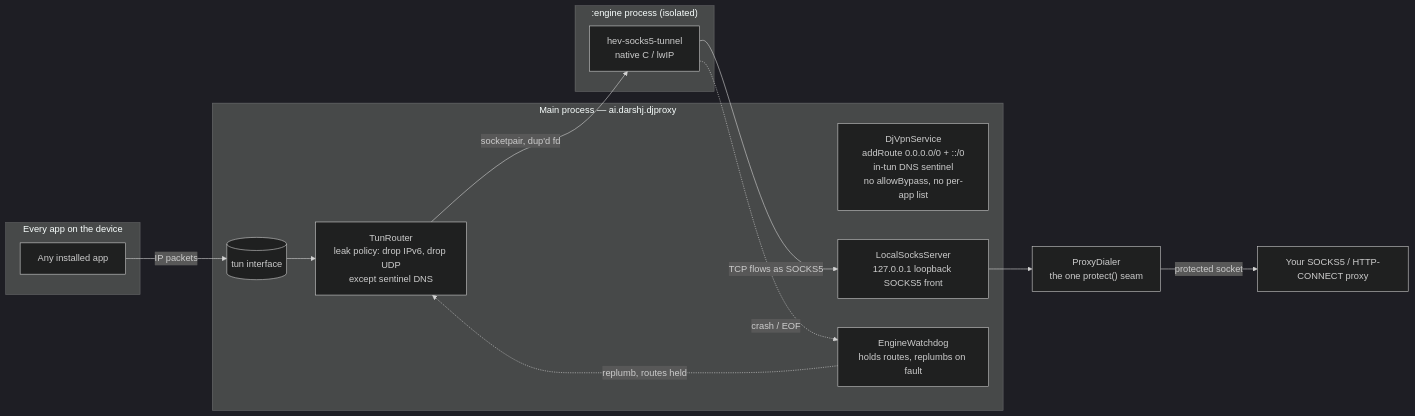
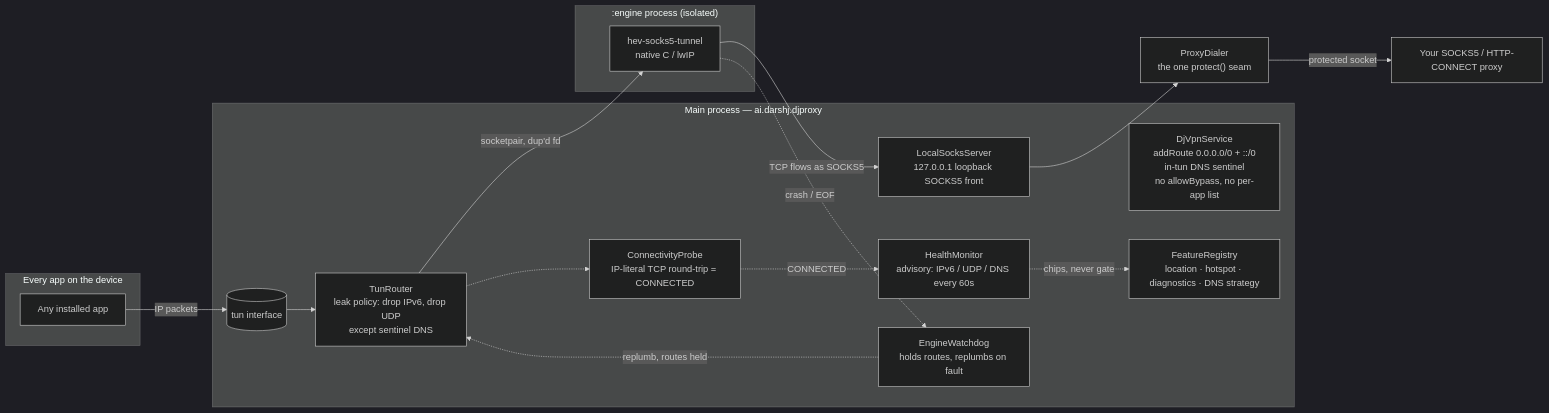
Before and after one commit to darshjme/DJProxy: the first of 3 diagrams in README.md, drawn with Mermaid (dark theme). The commit also changed other lines of this file and 1 other file, not shown here.

Commit message:
docs: v3 README + DESIGN updates (advisory self-test, DoH DNS, location, hotspot tiers)

````diff
--- a/README.md
+++ b/README.md
@@ -47,30 +58,36 @@
 ```mermaid
 flowchart LR
     subgraph device["Every app on the device"]
         A["Any installed app"]
     end
 
     subgraph main["Main process — ai.darshj.djproxy"]
         VPN["DjVpnService\naddRoute 0.0.0.0/0 + ::/0\nin-tun DNS sentinel\nno allowBypass, no per-app list"]
         TUN[("tun interface")]
         Router["TunRouter\nleak policy: drop IPv6, drop UDP\nexcept sentinel DNS"]
+        Probe["ConnectivityProbe\nIP-literal TCP round-trip = CONNECTED"]
+        Health["HealthMonitor\nadvisory: IPv6 / UDP / DNS every 60s"]
         Socks["LocalSocksServer\n127.0.0.1 loopback SOCKS5 front"]
         Watchdog["EngineWatchdog\nholds routes, replumbs on fault"]
+        Registry["FeatureRegistry\nlocation · hotspot · diagnostics · DNS strategy"]
     end
 
     subgraph engine[":engine process (isolated)"]
         Hev["hev-socks5-tunnel\nnative C / lwIP"]
     end
 
     Upstream["ProxyDialer\nthe one protect() seam"]
     Proxy["Your SOCKS5 / HTTP-CONNECT proxy"]
 
     A -- "IP packets" --> TUN
     TUN --> Router
     Router -- "socketpair, dup'd fd" --> Hev
     Hev -- "TCP flows as SOCKS5" --> Socks
     Socks --> Upstream
     Upstream -- "protected socket" --> Proxy
     Hev -. "crash / EOF" .-> Watchdog
     Watchdog -. "replumb, routes held" .-> Router
+    Router -.-> Probe
+    Probe -.->|"CONNECTED"| Health
+    Health -.->|"chips, never gate"| Registry
 ```
````
